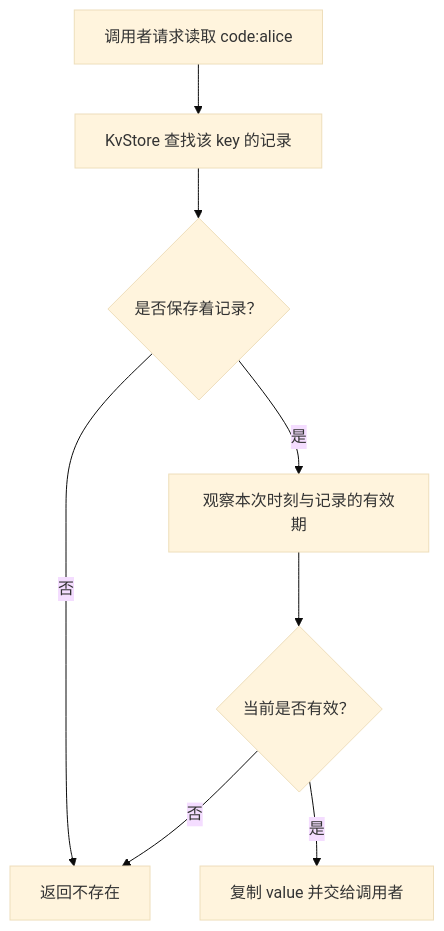
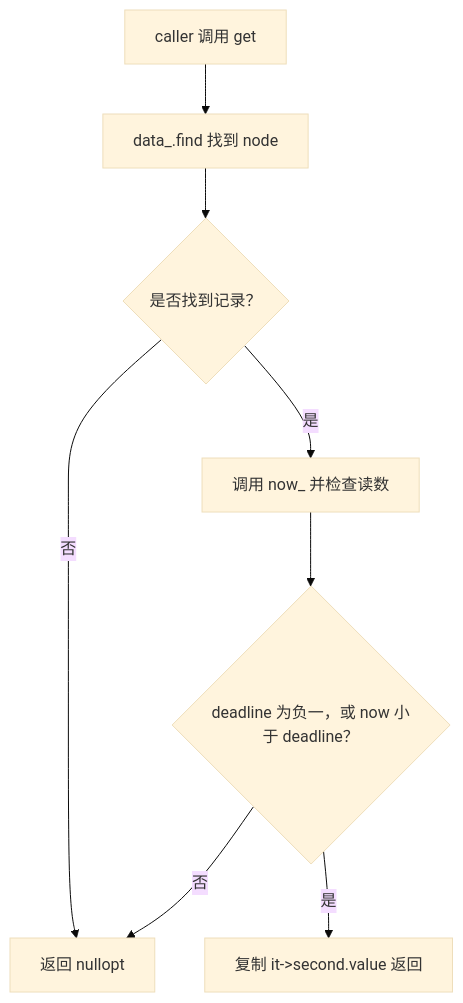
The second of 2 diagrams in week13/day2/day2.md (FxorG00/system-learning-notes), drawn with Mermaid (base theme) before and after one commit. The commit also changed other lines of this file and 13 other files, not shown here.

````diff
--- a/week13/day2/day2.md
+++ b/week13/day2/day2.md
@@ -544,10 +667,10 @@
-```mermaid
+~~~mermaid
 graph TD
-    A["调用者请求读取 code:alice"] --> B["KvStore 查找该 key 的记录"]
-    B --> C{"是否保存着记录？"}
-    C -->|否| D["返回不存在"]
-    C -->|是| E["观察本次时刻与记录的有效期"]
-    E --> F{"当前是否有效？"}
+    A["caller 调用 get"] --> B["data_.find 找到 node"]
+    B --> C{"是否找到记录？"}
+    C -->|否| D["返回 nullopt"]
+    C -->|是| E["调用 now_ 并检查读数"]
+    E --> F{"deadline 为负一，或 now 小于 deadline？"}
+    F -->|是| G["复制 it->second.value 返回"]
     F -->|否| D
-    F -->|是| G["复制 value 并交给调用者"]
-```
+~~~
````
